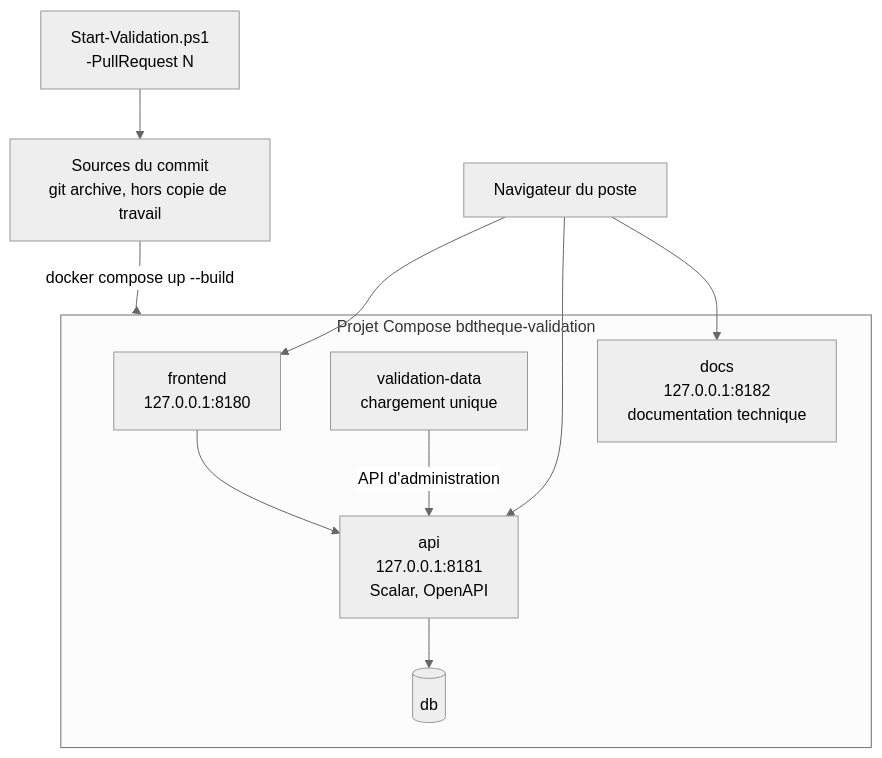
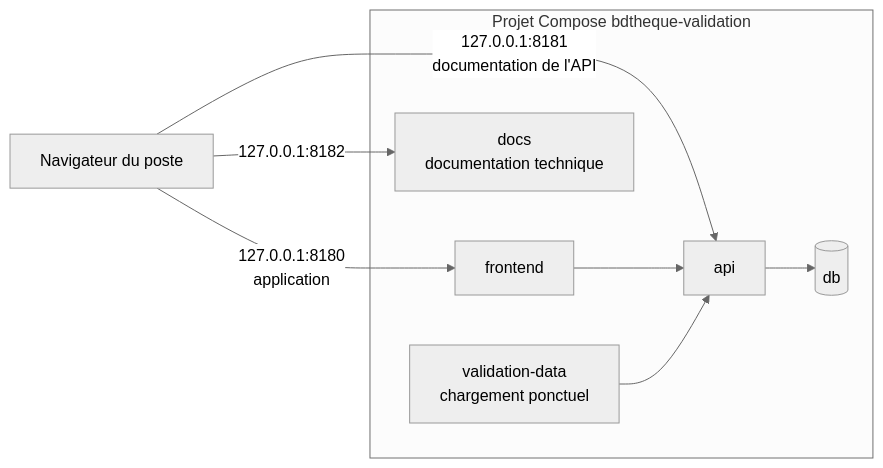
One commit to Tetram76/bdtheque-claude changed the fourth of 4 diagrams in docs/tech/architecture/deploiement.md. Above: the diagram before and after it, drawn with Mermaid (neutral theme). The commit also changed other lines of this file and 41 other files, not shown here.

First line of the commit message:
docs(tech): documentation technique rédigée pour un lecteur humain (#519)

````diff
--- a/docs/tech/architecture/deploiement.md
+++ b/docs/tech/architecture/deploiement.md
@@ -51,22 +98,19 @@
 ```mermaid
-flowchart TB
-    start["Start-Validation.ps1<br/>-PullRequest N"]
-    sources["Sources du commit<br/>git archive, hors copie de travail"]
-    start --> sources
+flowchart LR
+    browser["Navigateur du poste"]
 
     subgraph project["Projet Compose bdtheque-validation"]
-        frontend["frontend<br/>127.0.0.1:8180"]
-        api["api<br/>127.0.0.1:8181<br/>Scalar, OpenAPI"]
+        frontend["frontend"]
+        api["api"]
         db[("db")]
-        data["validation-data<br/>chargement unique"]
-        docs["docs<br/>127.0.0.1:8182<br/>documentation technique"]
+        docs["docs<br/>documentation technique"]
+        data["validation-data<br/>chargement ponctuel"]
     end
-    sources -- "docker compose up --build" --> project
-    frontend --> api --> db
-    data -- "API d'administration" --> api
 
-    browser["Navigateur du poste"]
-    browser --> frontend
-    browser --> api
-    browser --> docs
+    browser -- "127.0.0.1:8180<br/>application" --> frontend
+    browser -- "127.0.0.1:8181<br/>documentation de l'API" --> api
+    browser -- "127.0.0.1:8182" --> docs
+    frontend --> api
+    data --> api
+    api --> db
 ```
````
